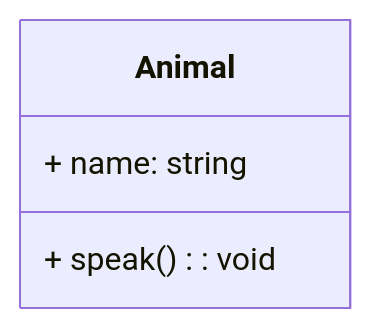
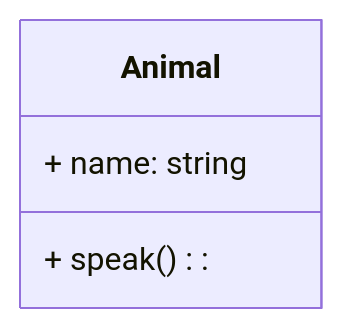
One commit to fegonzalez7/poo_unal_clase9 changed the first of 7 diagrams in README.md. Above: the diagram before and after it, drawn with Mermaid. The commit also changed other lines of this file, not shown here.

Commit message:
cambios diagramas 2

````diff
--- a/README.md
+++ b/README.md
@@ -26,7 +26,7 @@
 ```mermaid
 classDiagram
 class Animal {
   + name: string
-  + speak(): void
+  + speak():
 }
 ```
````
